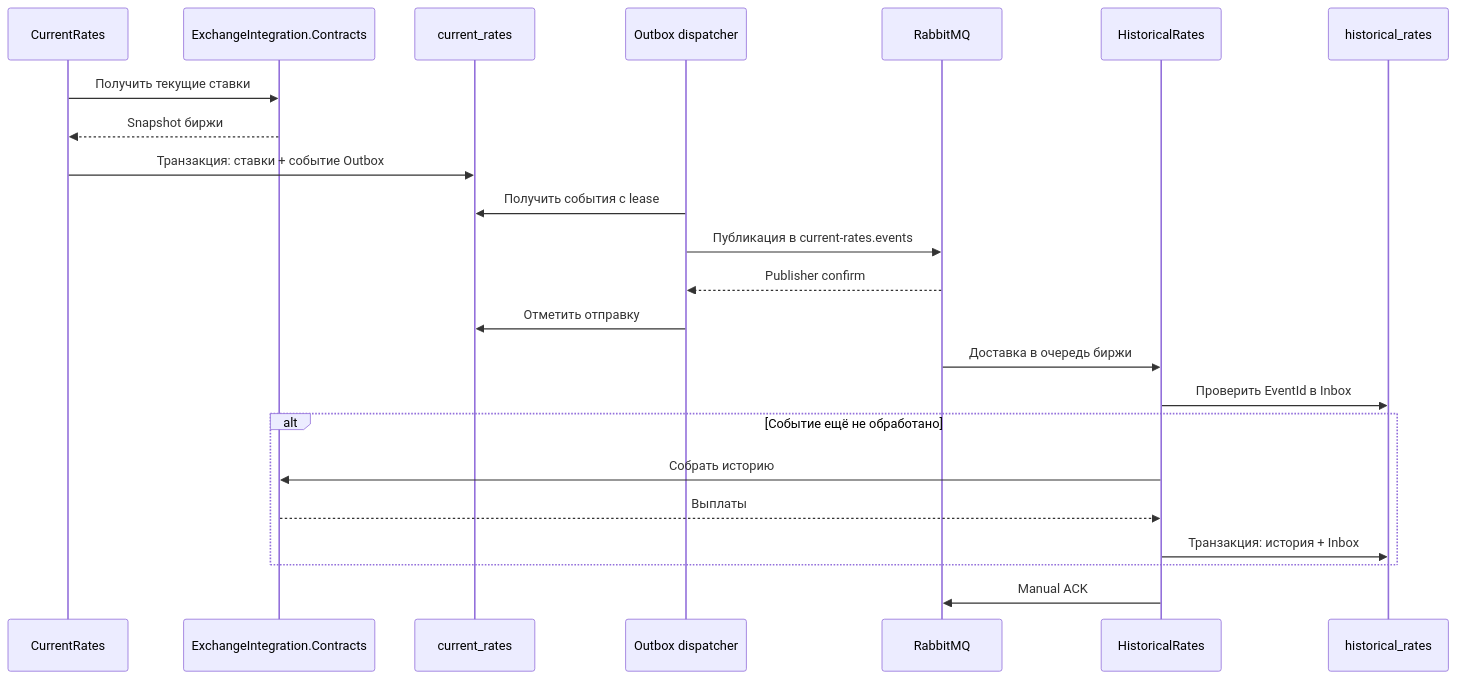
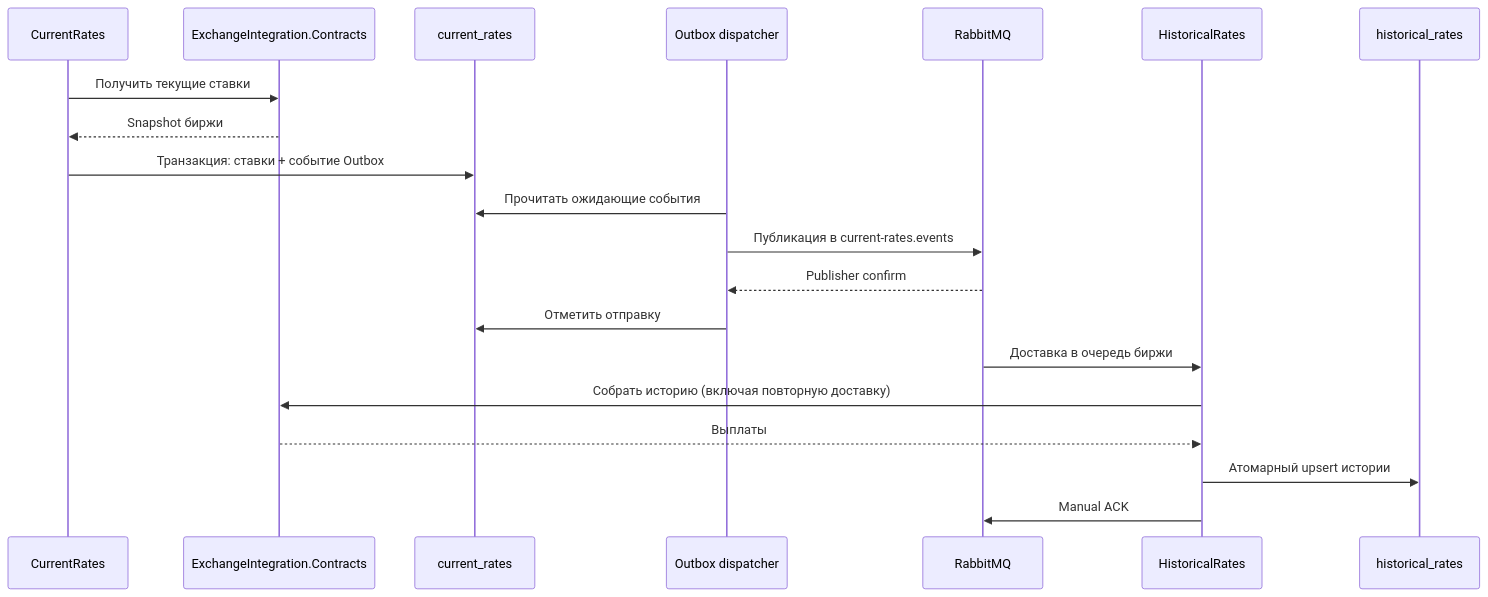
One commit to Grigory50012/FundingMonitor changed the first of 3 diagrams in docs/architecture/USE_CASE_DIAGRAM.md. Above: the diagram before and after it, drawn with Mermaid. The commit also changed other lines of this file and 47 other files, not shown here.

````diff
--- a/docs/architecture/USE_CASE_DIAGRAM.md
+++ b/docs/architecture/USE_CASE_DIAGRAM.md
@@ -15,25 +15,22 @@
 ```mermaid
 sequenceDiagram
     participant C as CurrentRates
     participant E as ExchangeIntegration.Contracts
     participant DB as current_rates
     participant O as Outbox dispatcher
     participant Q as RabbitMQ
     participant H as HistoricalRates
     participant HD as historical_rates
     C->>E: Получить текущие ставки
     E-->>C: Snapshot биржи
     C->>DB: Транзакция: ставки + событие Outbox
-    O->>DB: Получить события с lease
+    O->>DB: Прочитать ожидающие события
     O->>Q: Публикация в current-rates.events
     Q-->>O: Publisher confirm
     O->>DB: Отметить отправку
     Q->>H: Доставка в очередь биржи
-    H->>HD: Проверить EventId в Inbox
-    alt Событие ещё не обработано
-        H->>E: Собрать историю
-        E-->>H: Выплаты
-        H->>HD: Транзакция: история + Inbox
-    end
+    H->>E: Собрать историю (включая повторную доставку)
+    E-->>H: Выплаты
+    H->>HD: Атомарный upsert истории
     H->>Q: Manual ACK
 ```
````
